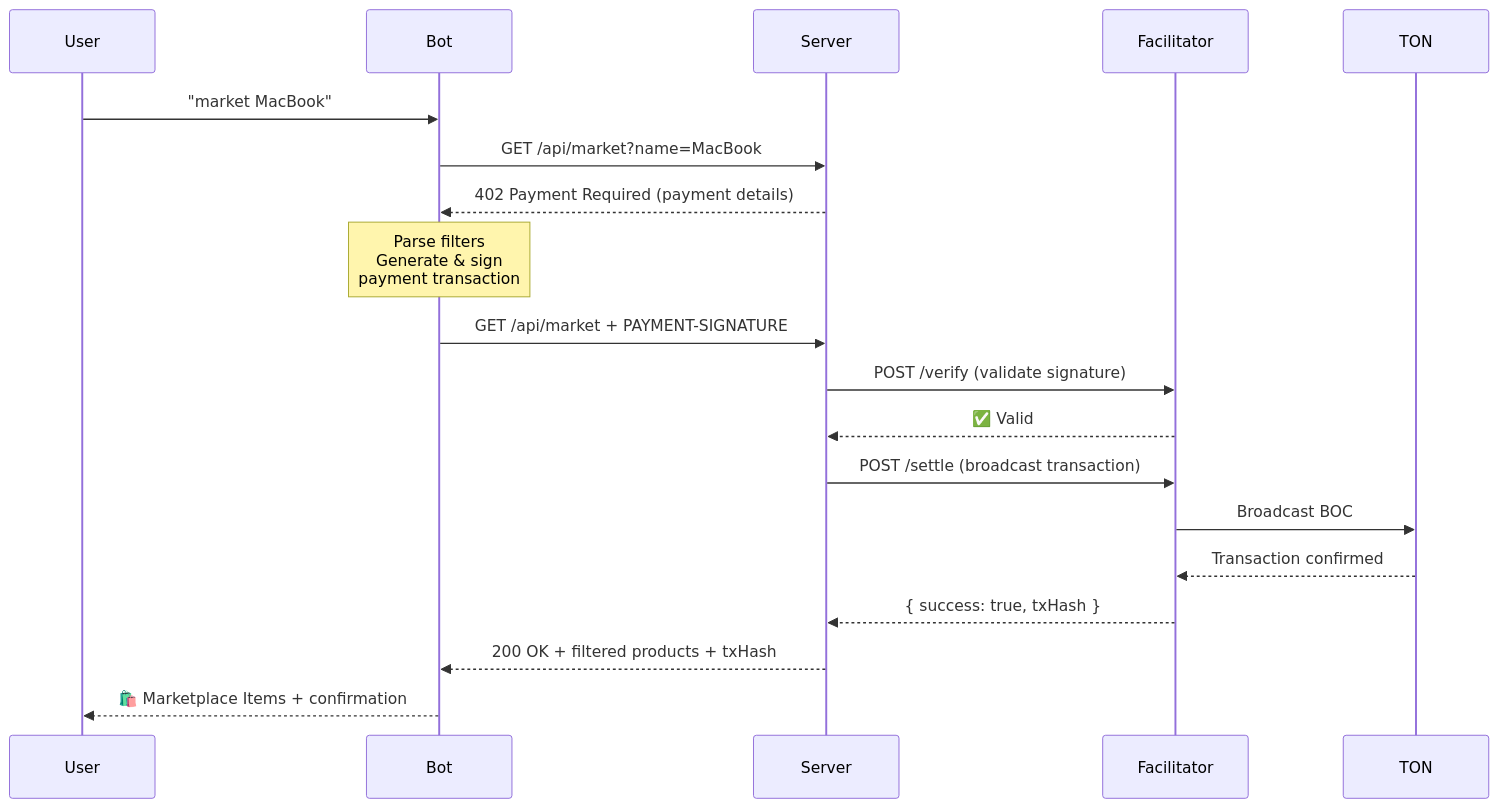
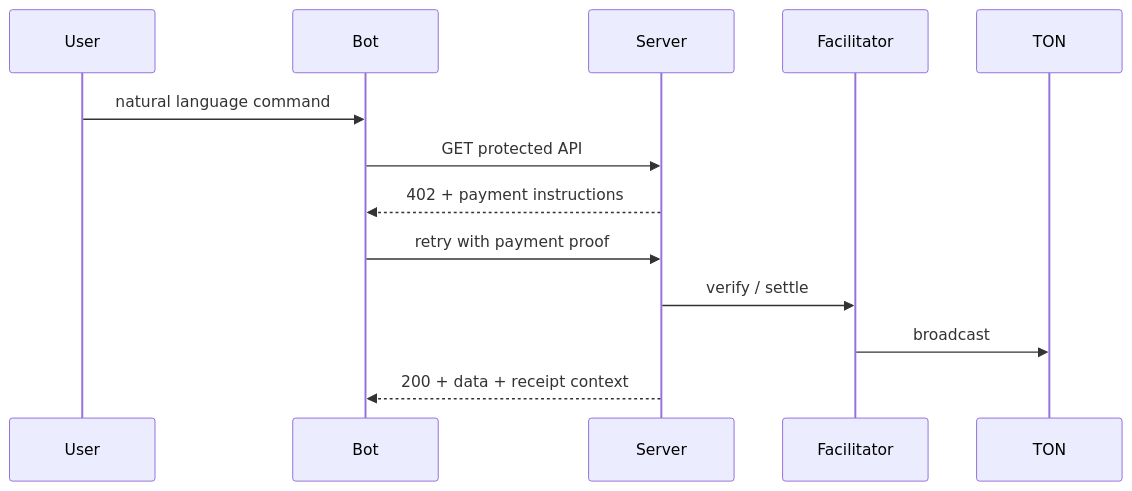
Before and after one commit to DAVIDshenghuei/BSA---EPFL-Stablecoins-Payments-Hackathon: the diagram in README.md, drawn with Mermaid. The commit also changed other lines of this file and 7 other files, not shown here.

````diff
--- a/README.md
+++ b/README.md
@@ -379,26 +78,15 @@
 ```mermaid
 sequenceDiagram
     participant User
     participant Bot
     participant Server
     participant Facilitator
     participant TON
-
-    User->>Bot: "market MacBook"
-    Bot->>Server: GET /api/market?name=MacBook
-    Server-->>Bot: 402 Payment Required (payment details)
-    
-    Note over Bot: Parse filters<br/>Generate & sign<br/>payment transaction
-    
-    Bot->>Server: GET /api/market + PAYMENT-SIGNATURE
-    Server->>Facilitator: POST /verify (validate signature)
-    Facilitator-->>Server: ✅ Valid
-    
-    Server->>Facilitator: POST /settle (broadcast transaction)
-    Facilitator->>TON: Broadcast BOC
-    TON-->>Facilitator: Transaction confirmed
-    Facilitator-->>Server: { success: true, txHash }
-    
-    Server-->>Bot: 200 OK + filtered products + txHash
-    Bot-->>User: 🛍️ Marketplace Items + confirmation
+    User->>Bot: natural language command
+    Bot->>Server: GET protected API
+    Server-->>Bot: 402 + payment instructions
+    Bot->>Server: retry with payment proof
+    Server->>Facilitator: verify / settle
+    Facilitator->>TON: broadcast
+    Server-->>Bot: 200 + data + receipt context
 ```
````
